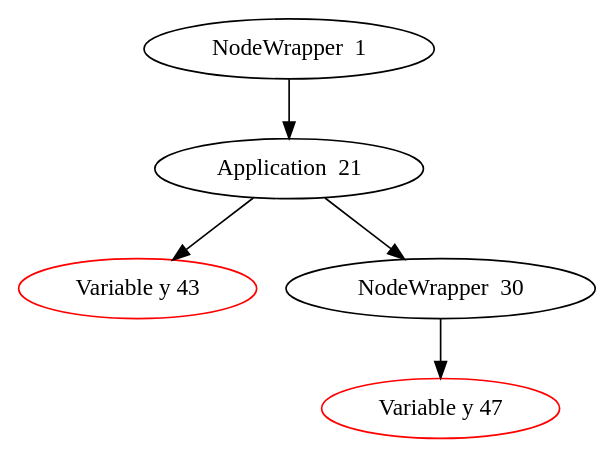
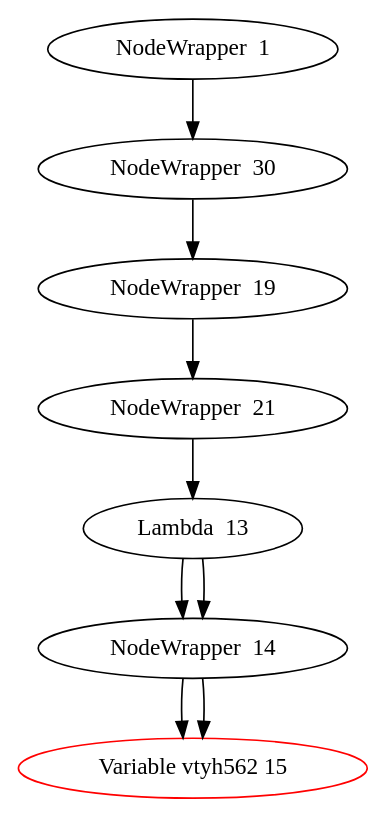
Before and after one commit to niki999922/Matlog: the diagram in Lambda.dot, drawn with Graphviz. The commit also changed 39 other files, not shown here.

```diff
--- a/Lambda.dot
+++ b/Lambda.dot
@@ -1,12 +1,20 @@
 digraph Lambda {
 443308702 [label="NodeWrapper  1"];
-443308702 -> {693632176};
-693632176 [label="Application  21"];
-693632176 -> {721748895};
-693632176 -> {1364335809};
-721748895 [label="Variable y 43", color=red];
-1364335809 [label="NodeWrapper  30"];
-1364335809 -> {1313953385};
-1313953385 [label="Variable y 47", color=red];
+443308702 -> {553264065};
+553264065 [label="NodeWrapper  30"];
+553264065 -> {1586270964};
+1586270964 [label="NodeWrapper  19"];
+1586270964 -> {693632176};
+693632176 [label="NodeWrapper  21"];
+693632176 -> {1349277854};
+1349277854 [label="Lambda  13"];
+1349277854 -> {2040495657};
+1349277854 -> {2040495657};
+2040495657 [label="NodeWrapper  14"];
+2040495657 -> {1267032364};
+1267032364 [label="Variable vtyh562 15", color=red];
+2040495657 [label="NodeWrapper  14"];
+2040495657 -> {1267032364};
+1267032364 [label="Variable vtyh562 15", color=red];
 
 }
```
